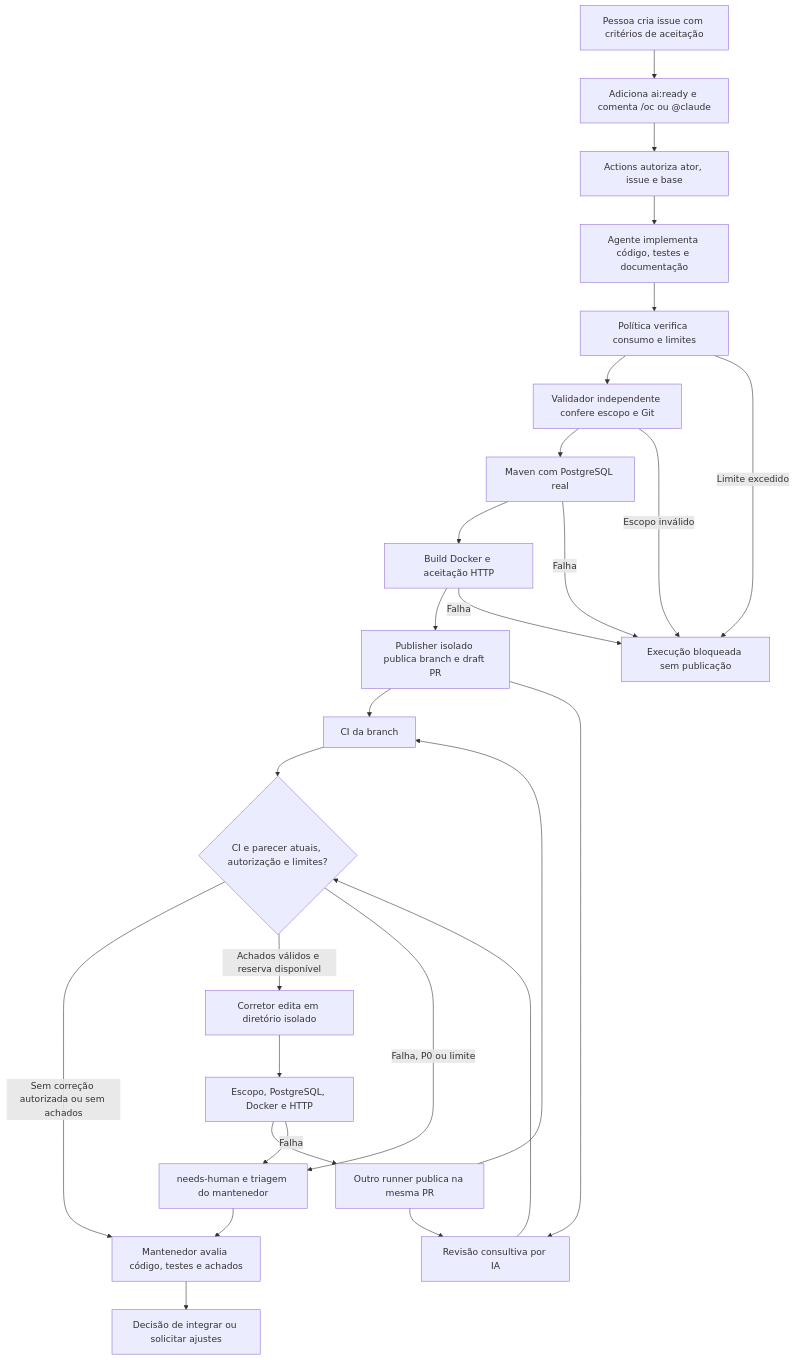
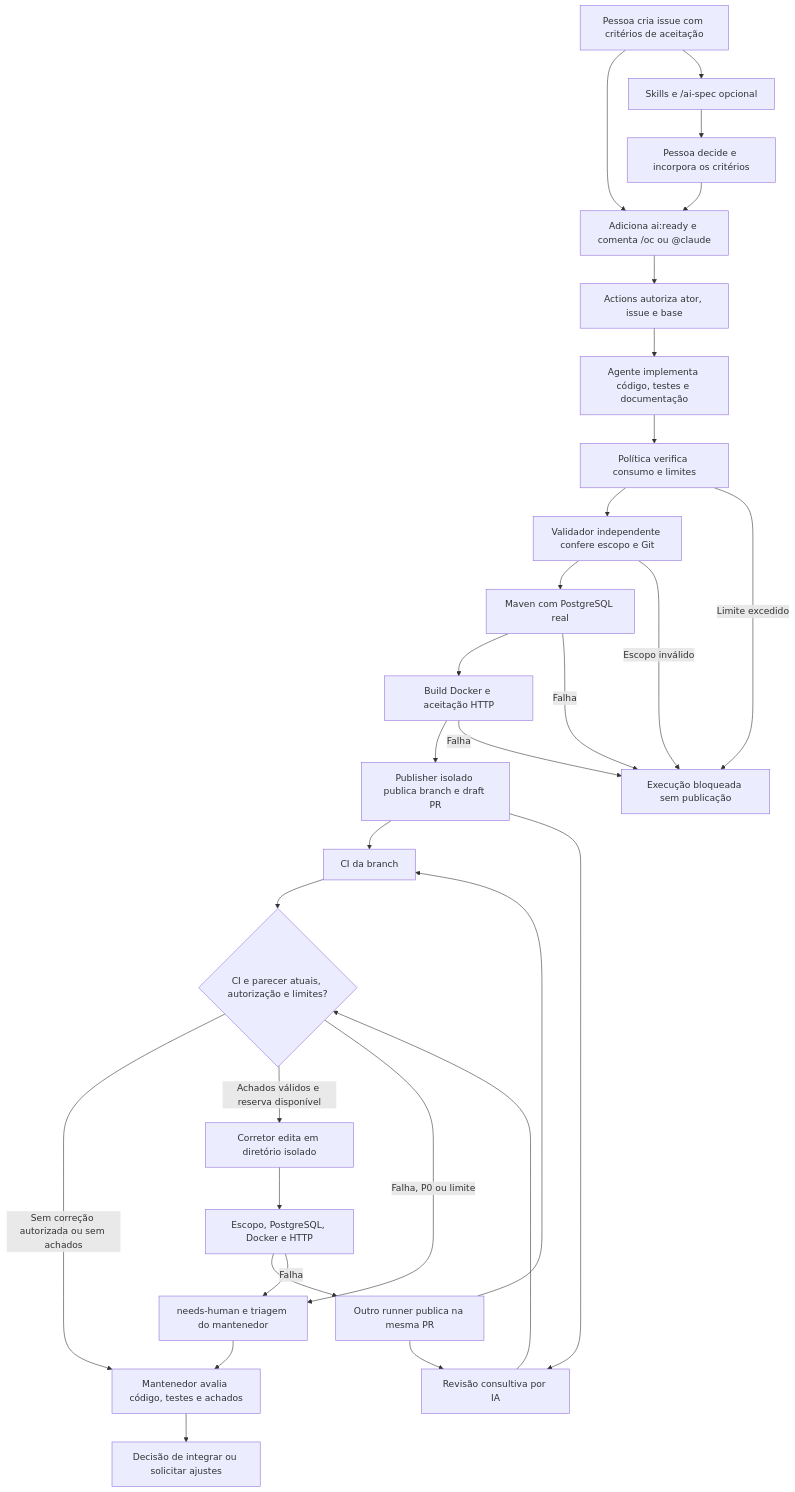
The diagram in docs/fluxo-issue-ate-pr.md (lucasnscr/issue-to-pr-ai), drawn with Mermaid before and after one commit. The commit also changed other lines of this file and 75 other files, not shown here.

````diff
--- a/docs/fluxo-issue-ate-pr.md
+++ b/docs/fluxo-issue-ate-pr.md
@@ -17,29 +20,32 @@
 ```mermaid
 flowchart TD
     I[Pessoa cria issue com critérios de aceitação] --> L[Adiciona ai:ready e comenta /oc ou @claude]
+    I --> SPEC[Skills e /ai-spec opcional]
+    SPEC --> DEC[Pessoa decide e incorpora os critérios]
+    DEC --> L
     L --> G[Actions autoriza ator, issue e base]
     G --> A[Agente implementa código, testes e documentação]
     A --> P[Política verifica consumo e limites]
     P --> S[Validador independente confere escopo e Git]
     S --> T[Maven com PostgreSQL real]
     T --> D[Build Docker e aceitação HTTP]
     D --> B[Publisher isolado publica branch e draft PR]
     B --> C[CI da branch]
     B --> R[Revisão consultiva por IA]
     C --> Q{CI e parecer atuais, autorização e limites?}
     R --> Q
     Q -->|Sem correção autorizada ou sem achados| H[Mantenedor avalia código, testes e achados]
     Q -->|Achados válidos e reserva disponível| E[Corretor edita em diretório isolado]
     E --> ET[Escopo, PostgreSQL, Docker e HTTP]
     ET --> EP[Outro runner publica na mesma PR]
     EP --> C
     EP --> R
     Q -->|Falha, P0 ou limite| X[needs-human e triagem do mantenedor]
     ET -->|Falha| X
     X --> H
     H --> M[Decisão de integrar ou solicitar ajustes]
     P -->|Limite excedido| F[Execução bloqueada sem publicação]
     S -->|Escopo inválido| F
     T -->|Falha| F
     D -->|Falha| F
 ```
````
